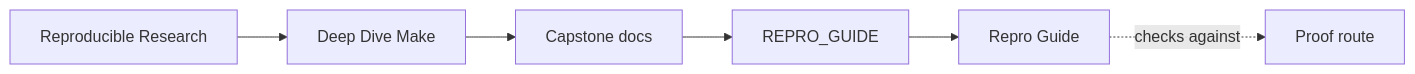
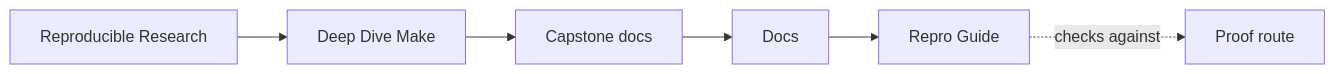
One commit to bijux/bijux-masterclass changed the first of 2 diagrams in programs/reproducible-research/deep-dive-make/capstone/docs/repro-guide.md. Above: the diagram before and after it, drawn with Mermaid. The commit also changed 146 other files, not shown here.

````diff
--- a/programs/reproducible-research/deep-dive-make/capstone/docs/repro-guide.md
+++ b/programs/reproducible-research/deep-dive-make/capstone/docs/repro-guide.md
@@ -7,12 +7,12 @@
 ```mermaid
 graph LR
   family["Reproducible Research"]
   program["Deep Dive Make"]
   guide["Capstone docs"]
-  section["REPRO_GUIDE"]
+  section["Docs"]
   page["Repro Guide"]
   proof["Proof route"]
 
   family --> program --> guide --> section --> page
   page -.checks against.-> proof
 ```
````
